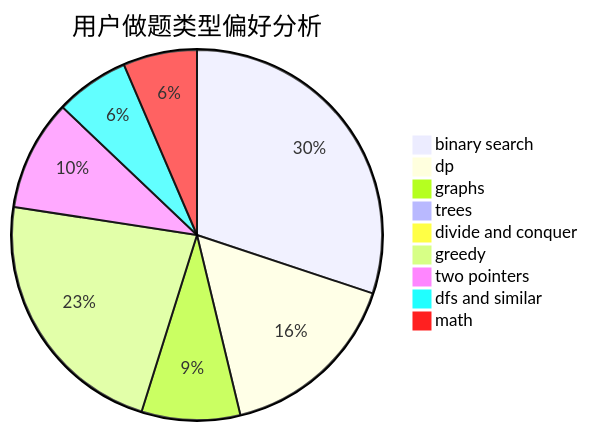
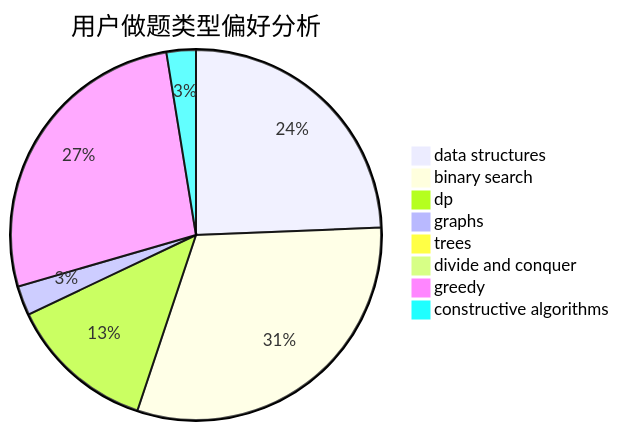
One commit to sherpahu/cfrs.github.io changed the second of 3 diagrams in docs/user/u427.md. Above: the diagram before and after it, drawn with Mermaid. The commit also changed other lines of this file and 2775 other files, not shown here.

````diff
--- a/docs/user/u427.md
+++ b/docs/user/u427.md
@@ -23,12 +23,11 @@
 ```mermaid
 pie title 用户做题类型偏好分析
-    "binary search" :  28
-    "dp" :  15
-    "graphs" :  8
+    "data structures" :  19
+    "binary search" :  24
+    "dp" :  10
+    "graphs" :  2
     "trees" :  0
     "divide and conquer" :  0
     "greedy" :  21
-    "two pointers" :  9
-    "dfs and similar" :  6
-    "math" :  6
+    "constructive algorithms" :  2
 ```
````
